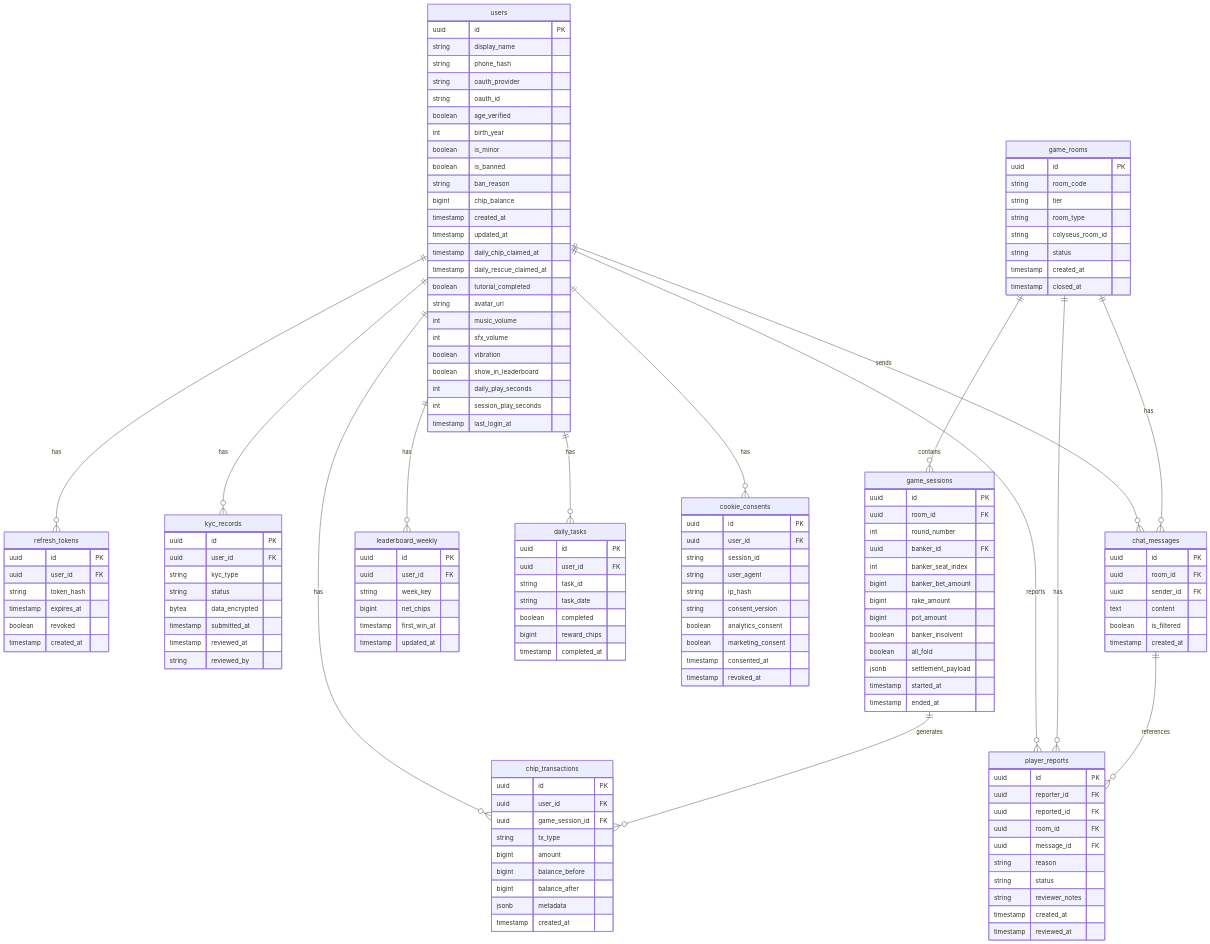
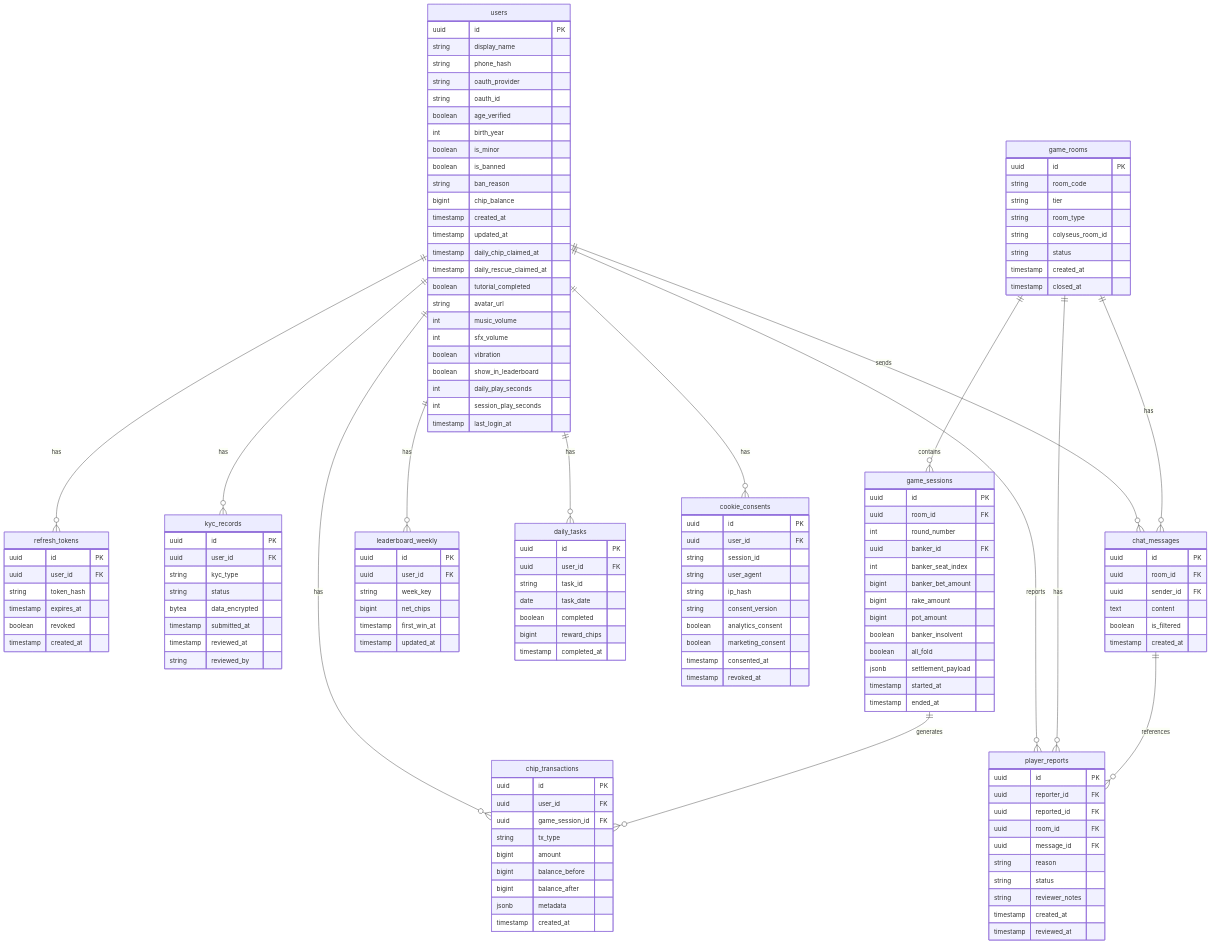
The diagram in docs/SCHEMA.md (ibalasite/sam-gong-game), drawn with Mermaid before and after one commit. The commit also changed other lines of this file, not shown here.

First line of the commit message:
review(devsop)[STEP-12]: Round 1 fix — 9 findings resolved (DDL constraints, indexes, pagination, ERD, rake clarity)

```diff
--- a/docs/SCHEMA.md
+++ b/docs/SCHEMA.md
@@ -177,7 +178,7 @@
         uuid id PK
         uuid user_id FK
         string task_id
-        string task_date
+        date task_date
         boolean completed
         bigint reward_chips
         timestamp completed_at
```
